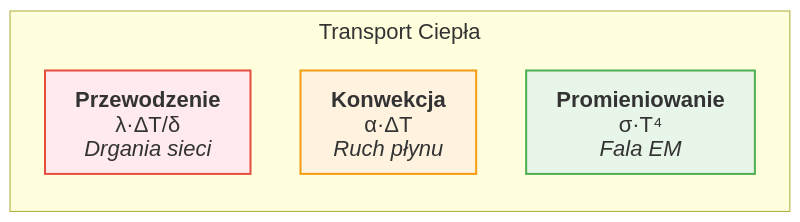
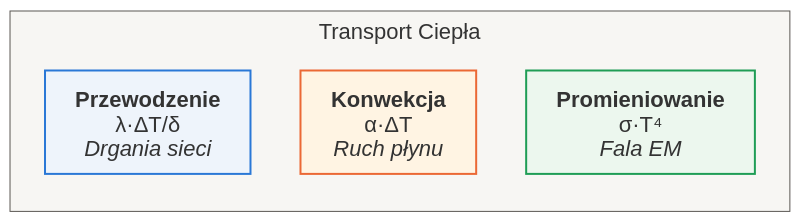
Before and after one commit to moondec/Termodynamika: the first of 2 diagrams in Wyklady/14_Wymiana_Ciepla.qmd, drawn with Mermaid. The commit also changed other lines of this file and 229 other files, not shown here.

````diff
--- a/Wyklady/14_Wymiana_Ciepla.qmd
+++ b/Wyklady/14_Wymiana_Ciepla.qmd
@@ -78,21 +80,22 @@
 ```{mermaid}
 %%| fig-align: center
 
 %%{init: {'theme': 'default', 'flowchart': {'htmlLabels': false, 'wrappingWidth': 400, 'subGraphTitleMargin': {'top': 6, 'bottom': 16}}, 'themeVariables': {'fontSize': '22px', 'fontFamily': 'Arial, Helvetica, sans-serif'}, 'htmlLabels': false}}%%
 flowchart LR
-    subgraph "Transport Ciepła"
+    subgraph TC["Transport Ciepła"]
     A["`**Przewodzenie**
 λ·ΔT/δ
 *Drgania sieci*`"]
     B["`**Konwekcja**
 α·ΔT
 *Ruch płynu*`"]
     C["`**Promieniowanie**
 σ·T⁴
 *Fala EM*`"]
     end
-    
-    style A fill:#ffebee,stroke:#e74c3c,stroke-width:2px
-    style B fill:#fff3e0,stroke:#f39c12,stroke-width:2px
-    style C fill:#e8f5e9,stroke:#4caf50,stroke-width:2px
+
+    style A fill:#eef4fb,stroke:#2a78d6,stroke-width:2px
+    style B fill:#fff4e3,stroke:#eb6834,stroke-width:2px
+    style C fill:#ecf7ee,stroke:#1f9d55,stroke-width:2px
+    style TC fill:#f7f6f3,stroke:#5a5753,stroke-width:1px
 ```
````
